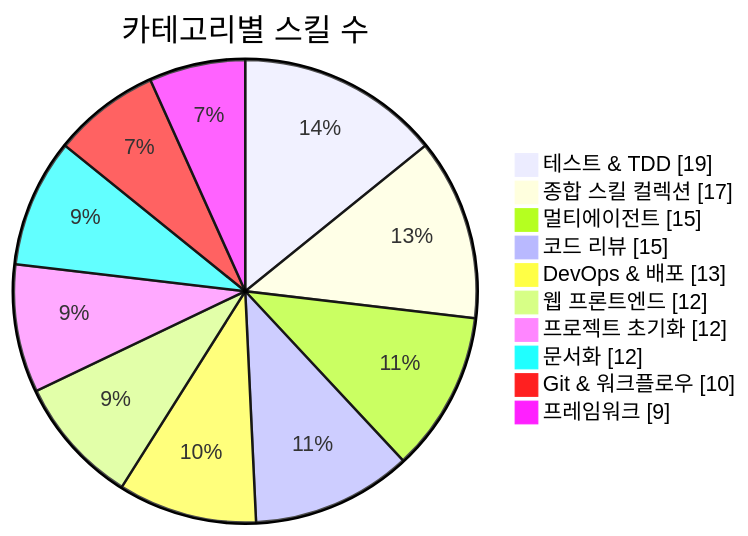
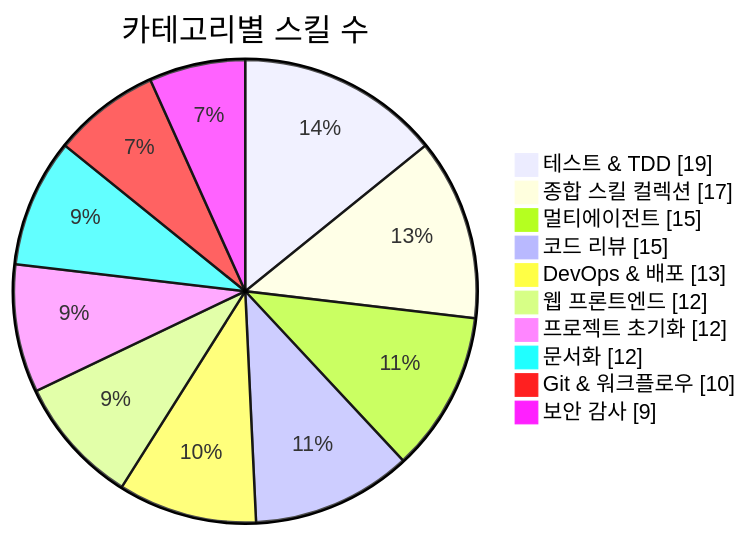
The first of 3 diagrams in README.md (J-nowcow/awesome-korean-agent-skills), drawn with Mermaid before and after one commit. The commit also changed other lines of this file and 5 other files, not shown here.

````diff
--- a/README.md
+++ b/README.md
@@ -176,14 +176,14 @@
 ```mermaid
 pie showData
     title 카테고리별 스킬 수
     "테스트 & TDD" : 19
     "종합 스킬 컬렉션" : 17
     "멀티에이전트" : 15
     "코드 리뷰" : 15
     "DevOps & 배포" : 13
     "웹 프론트엔드" : 12
     "프로젝트 초기화" : 12
     "문서화" : 12
     "Git & 워크플로우" : 10
-    "프레임워크" : 9
+    "보안 감사" : 9
 ```
````
